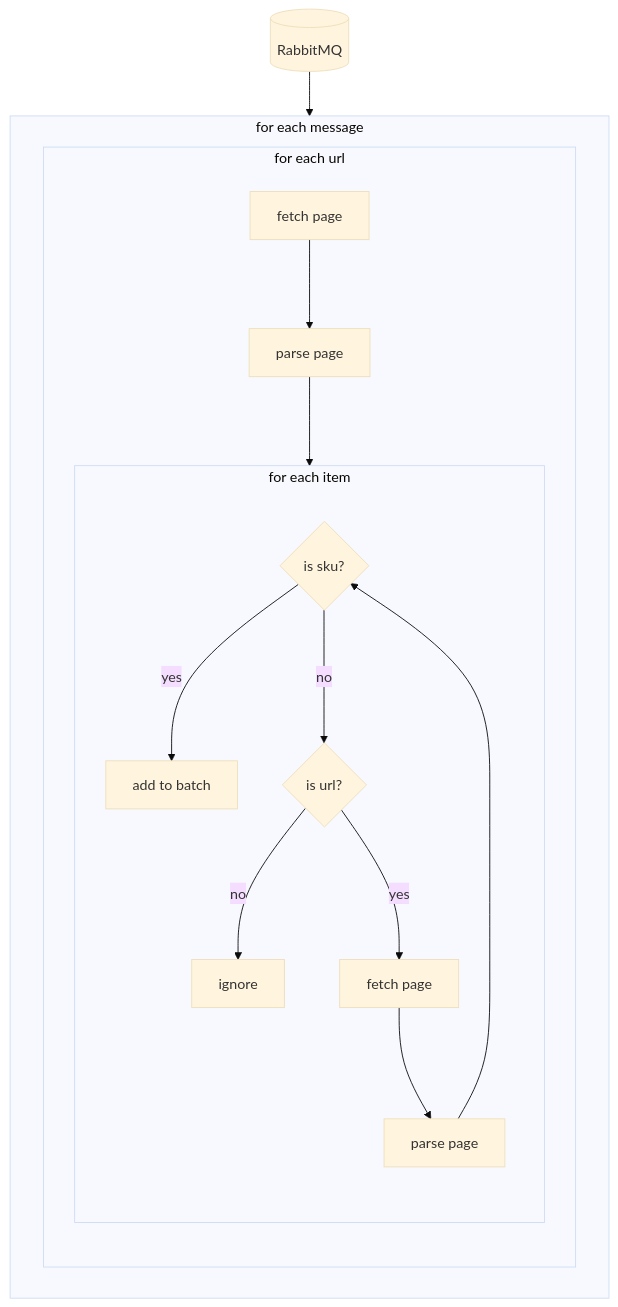
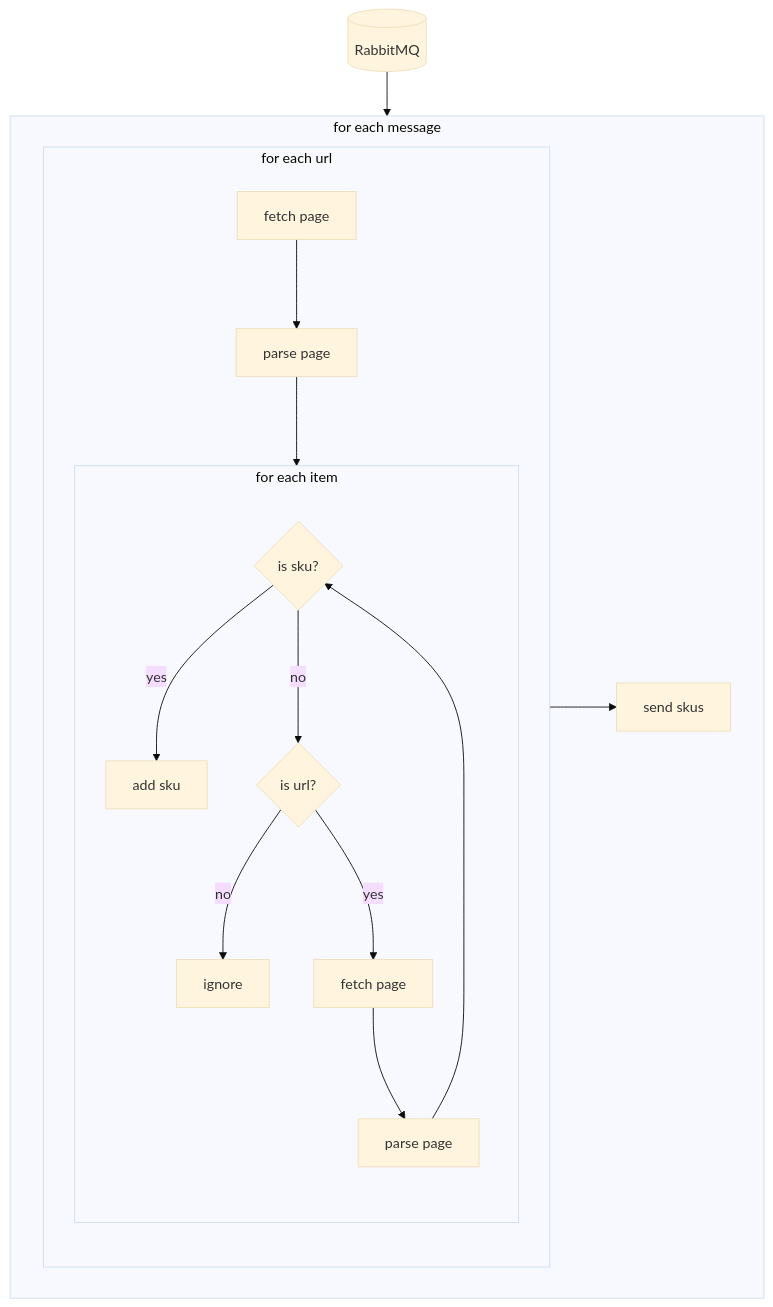
The diagram in README.md (la-catalog/page-scraper), drawn with Mermaid (base theme) before and after one commit.

Commit message:
Update README.md flowchart

````diff
--- a/README.md
+++ b/README.md
@@ -4,40 +4,44 @@
 ```mermaid
 flowchart TD
     rabbit[(RabbitMQ)]
 
     rabbit --> for_each_message
 
     subgraph for_each_message[for each message]
+        send_skus[send skus]
+        
         subgraph for_each_url[for each url]
             direction TB
             fetch_page[fetch page]
             parse_page[parse page]
 
             fetch_page --> parse_page
 
             parse_page --> for_each_item
 
             subgraph for_each_item[for each item]
                 direction TB
 
-                add_batch[add to batch]
+                add_sku[add sku]
                 ignore[ignore]
                 fetch_page2[fetch page]
                 parse_page2[parse page]
 
                 is_sku{is sku?}
                 is_url{is url?}
 
-                is_sku --> |yes| add_batch
+                is_sku --> |yes| add_sku
                 is_sku --> |no| is_url
 
                 is_url --> |no| ignore
                 is_url --> |yes| fetch_page2
 
                 fetch_page2 --> parse_page2
 
                 parse_page2 --> is_sku
             end
         end
+
+        for_each_url --> send_skus
     end
 ```
````
